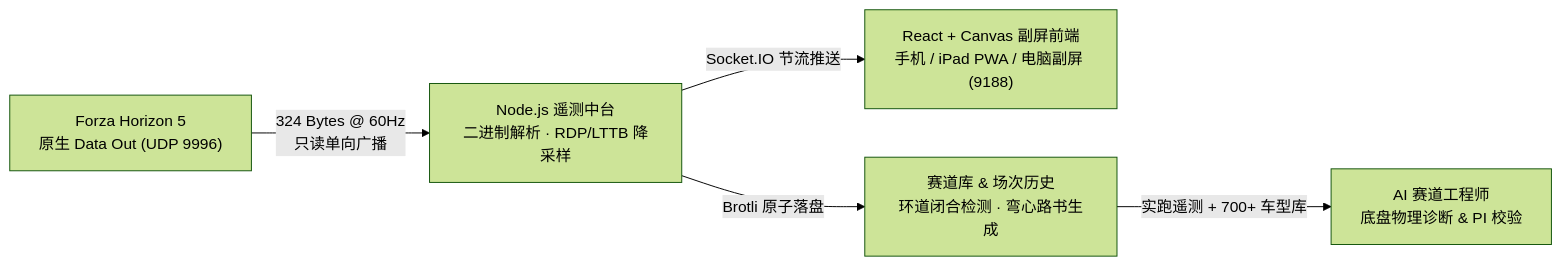
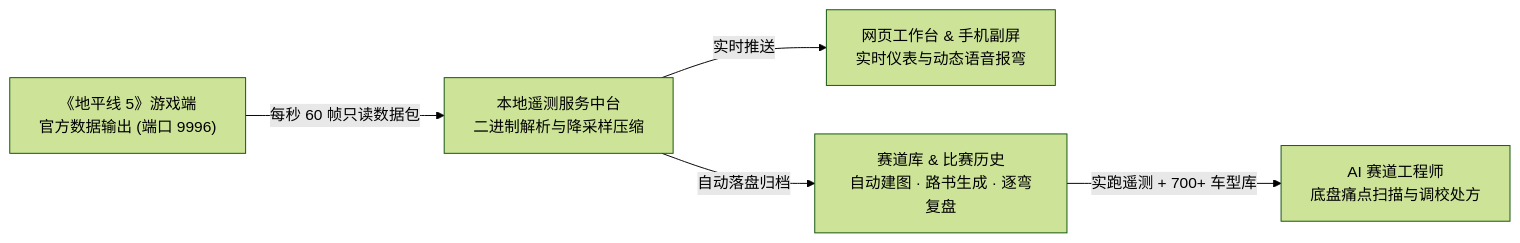
Before and after one commit to dylanma8232-art/DM-FH5-Telemetry: the diagram in README.md, drawn with Mermaid (forest theme). The commit also changed other lines of this file and 6 other files, not shown here.

````diff
--- a/README.md
+++ b/README.md
@@ -101,7 +114,7 @@
 ```mermaid
 flowchart LR
-    A["Forza Horizon 5<br/>原生 Data Out (UDP 9996)"] -->|"324 Bytes @ 60Hz<br/>只读单向广播"| B["Node.js 遥测中台<br/>二进制解析 · RDP/LTTB 降采样"]
-    B -->|"Socket.IO 节流推送"| C["React + Canvas 副屏前端<br/>手机 / iPad PWA / 电脑副屏 (9188)"]
-    B -->|"Brotli 原子落盘"| D["赛道库 & 场次历史<br/>环道闭合检测 · 弯心路书生成"]
-    D -->|"实跑遥测 + 700+ 车型库"| E["AI 赛道工程师<br/>底盘物理诊断 & PI 校验"]
+    A["《地平线 5》游戏端<br/>官方数据输出 (端口 9996)"] -->|"每秒 60 帧只读数据包"| B["本地遥测服务中台<br/>二进制解析与降采样压缩"]
+    B -->|"实时推送"| C["网页工作台 & 手机副屏<br/>实时仪表与动态语音报弯"]
+    B -->|"自动落盘归档"| D["赛道库 & 比赛历史<br/>自动建图 · 路书生成 · 逐弯复盘"]
+    D -->|"实跑遥测 + 700+ 车型库"| E["AI 赛道工程师<br/>底盘痛点扫描与调校处方"]
 ```
````
